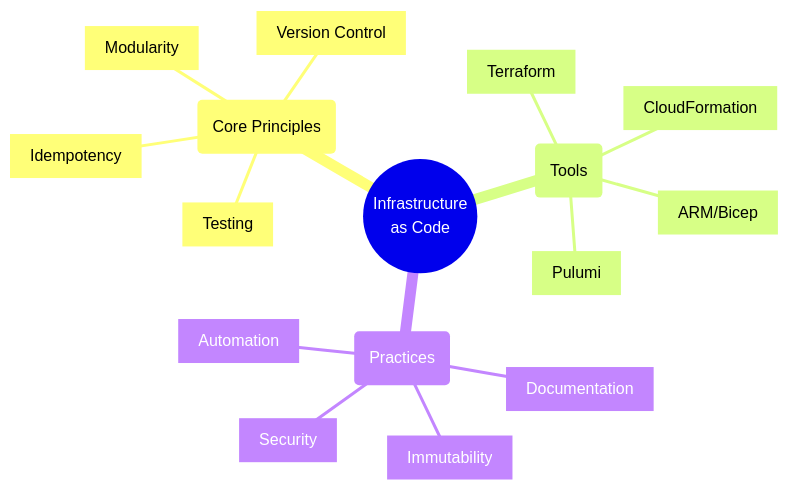
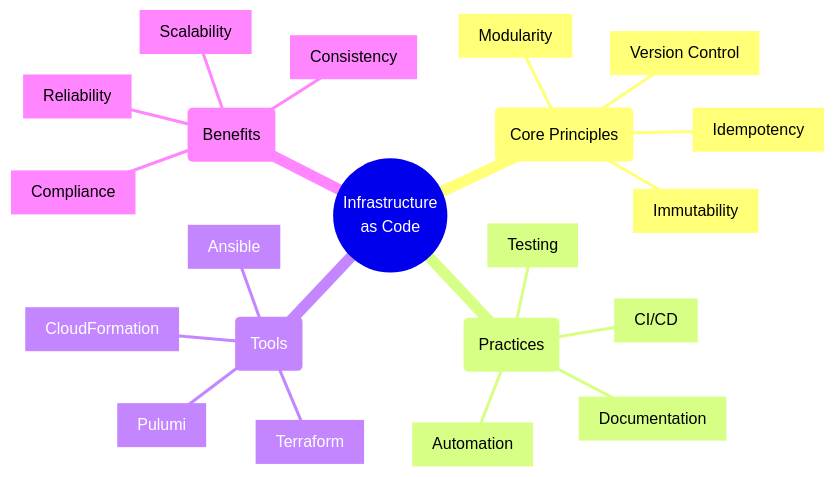
One commit to saravanakumarrc/Architecture_Journey changed the first of 4 diagrams in src/Infrastructure_as_Code_Principles.md. Above: the diagram before and after it, drawn with Mermaid. The commit also changed other lines of this file and 3 other files, not shown here.

````diff
--- a/src/Infrastructure_as_Code_Principles.md
+++ b/src/Infrastructure_as_Code_Principles.md
@@ -3,20 +3,25 @@
 ```mermaid
 mindmap
     root((Infrastructure
         as Code))
         (Core Principles)
             [Idempotency]
+            [Immutability]
             [Version Control]
             [Modularity]
+        (Practices)
+            [Automation]
             [Testing]
+            [Documentation]
+            [CI/CD]
         (Tools)
             [Terraform]
-            [ARM/Bicep]
             [CloudFormation]
+            [Ansible]
             [Pulumi]
-        (Practices)
-            [Immutability]
-            [Automation]
-            [Documentation]
-            [Security]
+        (Benefits)
+            [Consistency]
+            [Scalability]
+            [Reliability]
+            [Compliance]
 ```
````
